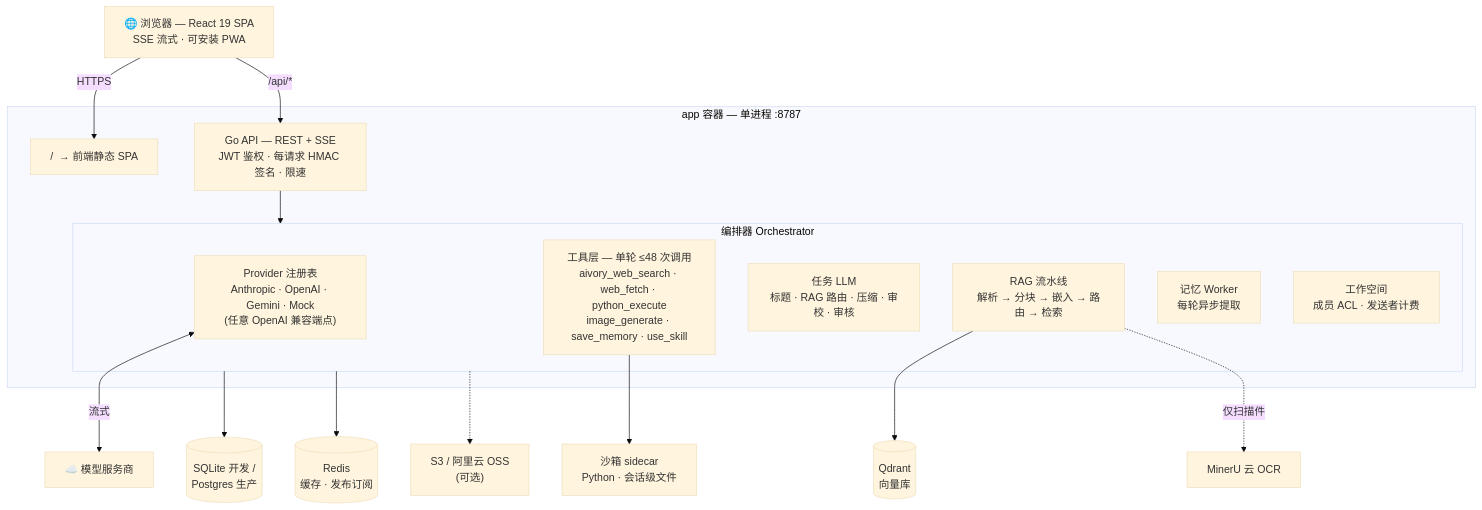
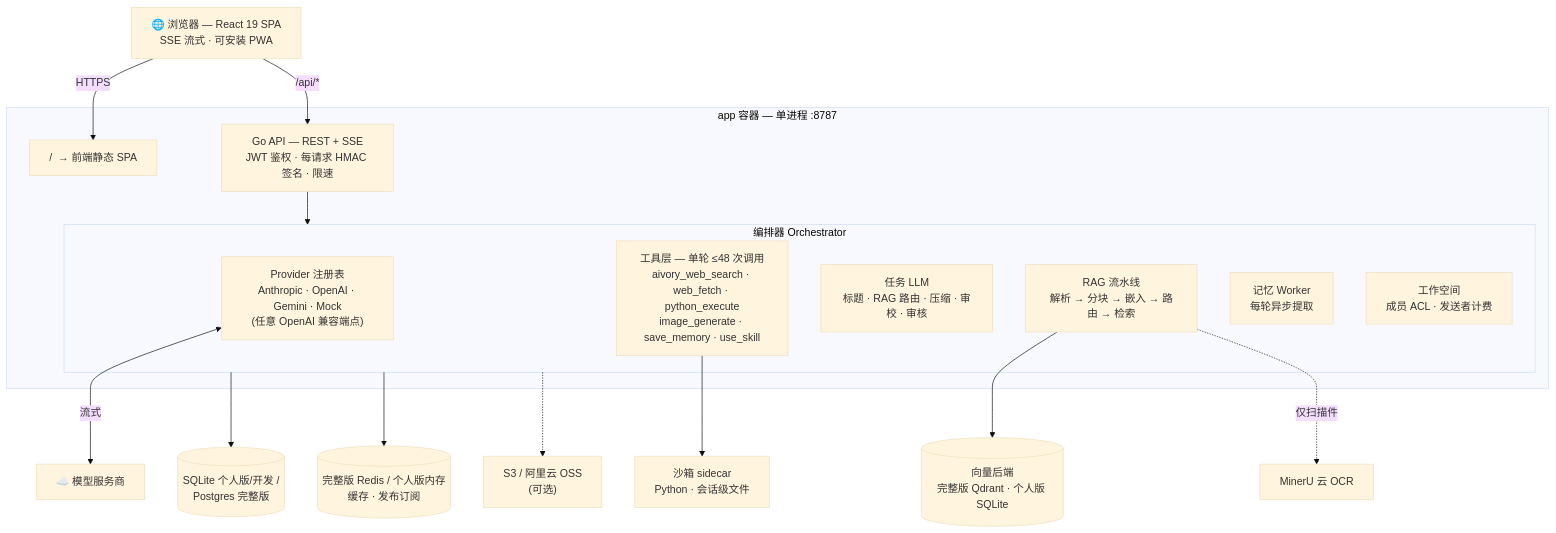
The diagram in README.zh-CN.md (hjxwz123/Aivory), drawn with Mermaid (base theme) before and after one commit. The commit also changed other lines of this file and 34 other files, not shown here.

````diff
--- a/README.zh-CN.md
+++ b/README.zh-CN.md
@@ -243,30 +279,30 @@
 ```mermaid
 graph TB
     B["🌐 浏览器 — React 19 SPA<br/>SSE 流式 · 可安装 PWA"]
 
     subgraph APP["app 容器 — 单进程 :8787"]
         SPA["/ &nbsp;→ 前端静态 SPA"]
         API["Go API — REST + SSE<br/>JWT 鉴权 · 每请求 HMAC 签名 · 限速"]
         subgraph ORCH["编排器 Orchestrator"]
             PROV["Provider 注册表<br/>Anthropic · OpenAI · Gemini · Mock<br/>(任意 OpenAI 兼容端点)"]
             TOOLS["工具层 — 单轮 ≤48 次调用<br/>aivory_web_search · web_fetch · python_execute<br/>image_generate · save_memory · use_skill"]
             TASK["任务 LLM<br/>标题 · RAG 路由 · 压缩 · 审校 · 审核"]
             RAGP["RAG 流水线<br/>解析 → 分块 → 嵌入 → 路由 → 检索"]
             MEMW["记忆 Worker<br/>每轮异步提取"]
             WS["工作空间<br/>成员 ACL · 发送者计费"]
         end
     end
 
     B -->|HTTPS| SPA
     B -->|"/api/*"| API
     API --> ORCH
 
     PROV <-->|流式| LLM["☁️ 模型服务商"]
     TOOLS --> SBX["沙箱 sidecar<br/>Python · 会话级文件"]
-    RAGP --> QD[("Qdrant<br/>向量库")]
+    RAGP --> QD[("向量后端<br/>完整版 Qdrant · 个人版 SQLite")]
     RAGP -.->|"仅扫描件"| MRU["MinerU 云 OCR"]
 
-    ORCH --> DB[("SQLite 开发 /<br/>Postgres 生产")]
-    ORCH --> RDS[("Redis<br/>缓存 · 发布订阅")]
+    ORCH --> DB[("SQLite 个人版/开发 /<br/>Postgres 完整版")]
+    ORCH --> RDS[("完整版 Redis / 个人版内存<br/>缓存 · 发布订阅")]
     ORCH -.-> OBJ["S3 / 阿里云 OSS<br/>(可选)"]
 ```
````
